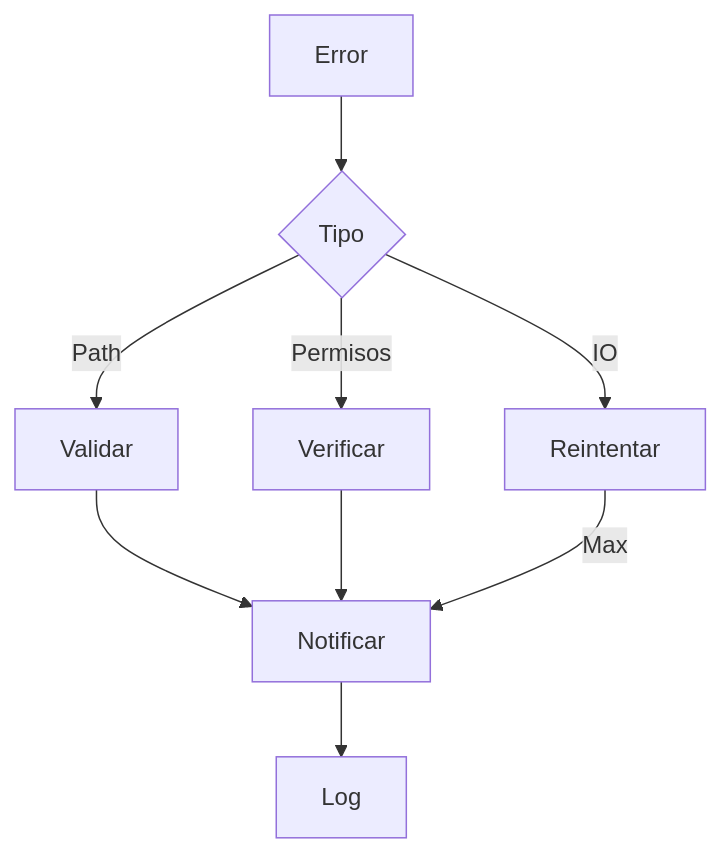
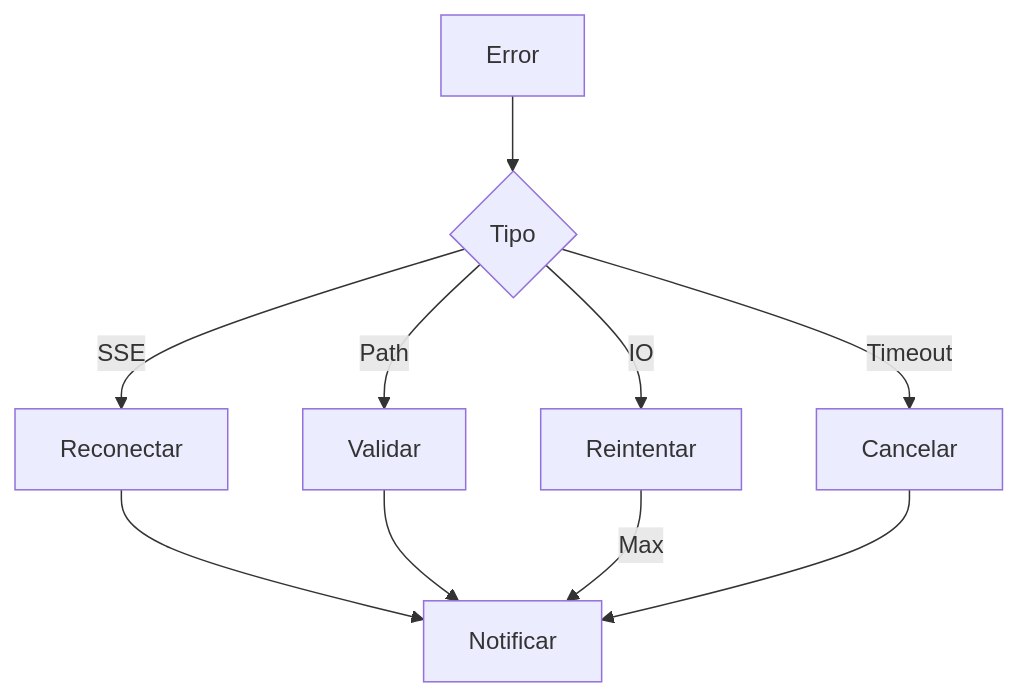
Before and after one commit to gvastethecreator/media-manager: the fourth of 4 diagrams in docs/services/folder-service.md, drawn with Mermaid. The commit also changed other lines of this file and 4 other files, not shown here.

````diff
--- a/docs/services/folder-service.md
+++ b/docs/services/folder-service.md
@@ -206,11 +280,12 @@
 ```mermaid
 flowchart TD
-    A[Error] --> B{Tipo}
-    B -->|Path| C[Validar]
-    B -->|Permisos| D[Verificar]
-    B -->|IO| E[Reintentar]
-    C --> F[Notificar]
-    D --> F
-    E -->|Max| F
-    F --> G[Log]
+	A[Error] --> B{Tipo}
+	B -->|SSE| C[Reconectar]
+	B -->|Path| D[Validar]
+	B -->|IO| E[Reintentar]
+	B -->|Timeout| F[Cancelar]
+	C --> G[Notificar]
+	D --> G
+	E -->|Max| G
+	F --> G
 ```
````
